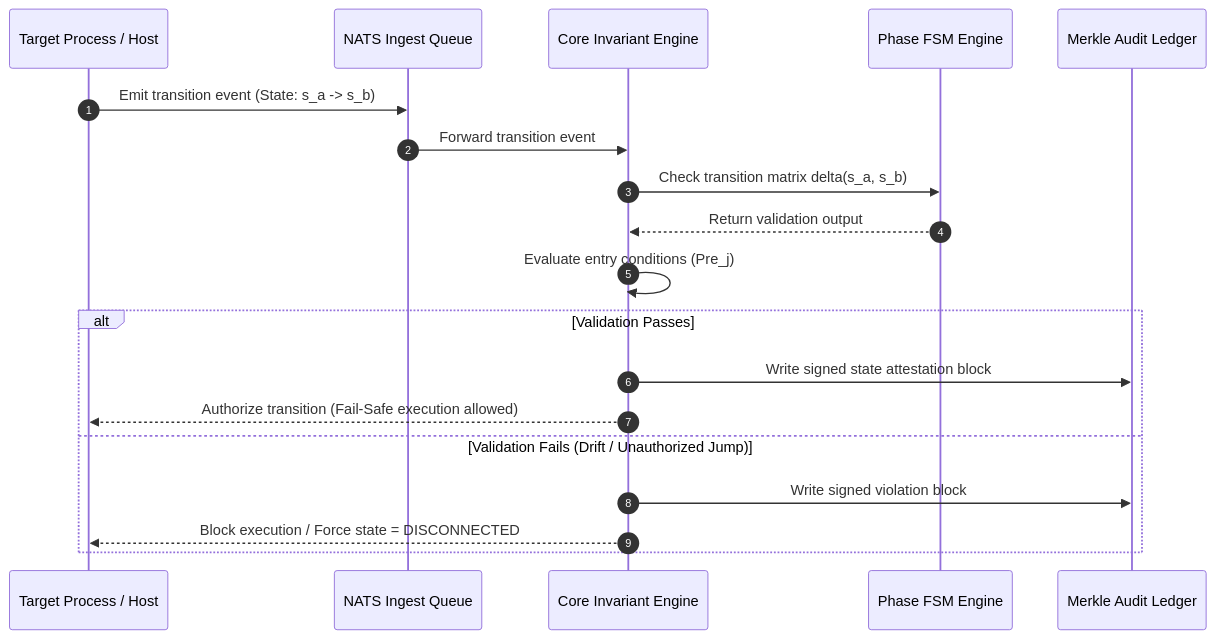
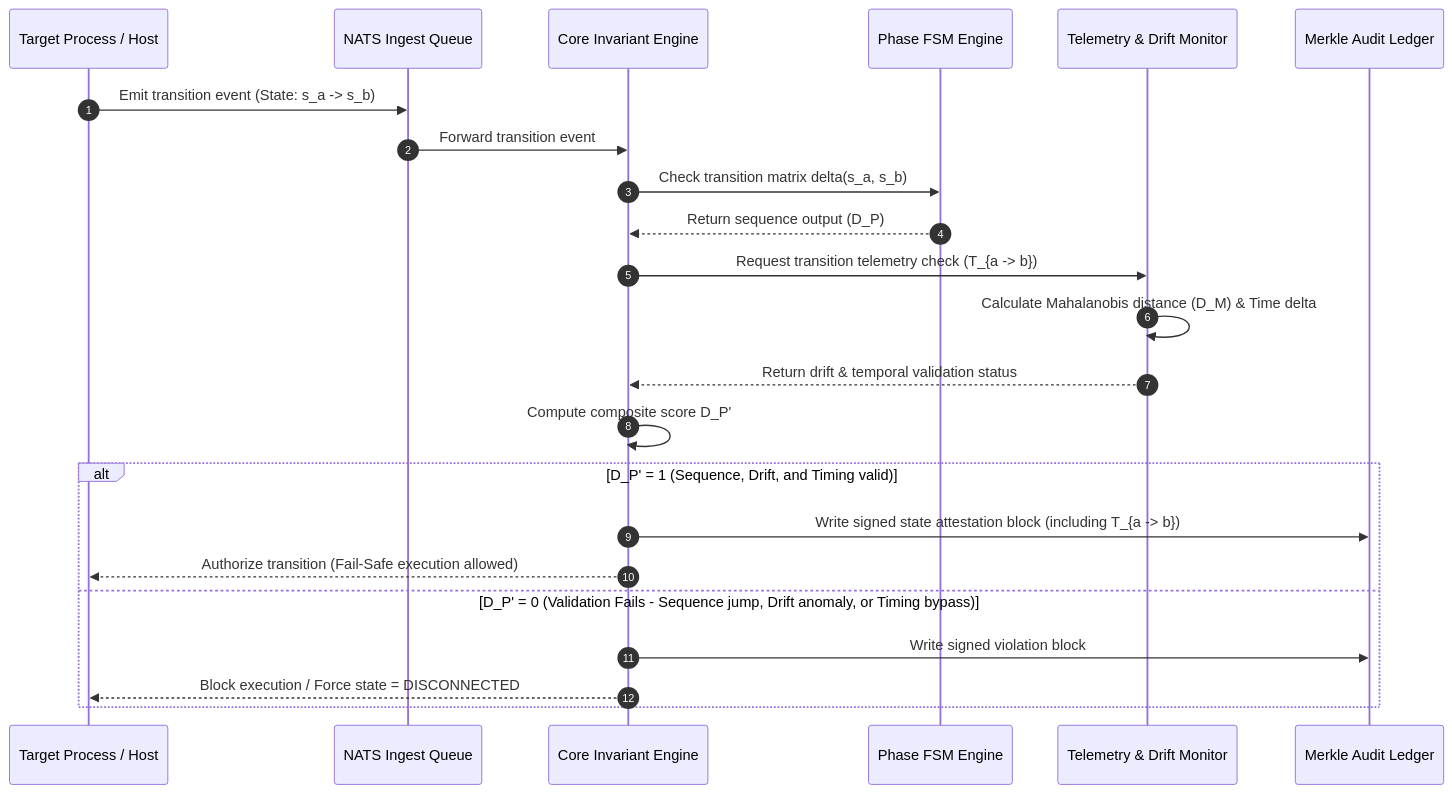
The second of 8 diagrams in docs/architecture/ARCHITECTURE.md (Zeo120/ZTL-Tech), drawn with Mermaid before and after one commit. The commit also changed other lines of this file and 1 other file, not shown here.

Commit message:
docs: update architecture and workflow docs for state-transition telemetry data collection

````diff
--- a/docs/architecture/ARCHITECTURE.md
+++ b/docs/architecture/ARCHITECTURE.md
@@ -77,22 +77,26 @@
 ```mermaid
 sequenceDiagram
     autonumber
     participant System as Target Process / Host
     participant Queue as NATS Ingest Queue
     participant Core as Core Invariant Engine
     participant FSM as Phase FSM Engine
+    participant Telemetry as Telemetry & Drift Monitor
     participant Ledger as Merkle Audit Ledger
 
     System->>Queue: Emit transition event (State: s_a -> s_b)
     Queue->>Core: Forward transition event
     Core->>FSM: Check transition matrix delta(s_a, s_b)
-    FSM-->>Core: Return validation output
-    Core->>Core: Evaluate entry conditions (Pre_j)
-    alt Validation Passes
-        Core->>Ledger: Write signed state attestation block
+    FSM-->>Core: Return sequence output (D_P)
+    Core->>Telemetry: Request transition telemetry check (T_{a -> b})
+    Telemetry->>Telemetry: Calculate Mahalanobis distance (D_M) & Time delta
+    Telemetry-->>Core: Return drift & temporal validation status
+    Core->>Core: Compute composite score D_P'
+    alt D_P' = 1 (Sequence, Drift, and Timing valid)
+        Core->>Ledger: Write signed state attestation block (including T_{a -> b})
         Core-->>System: Authorize transition (Fail-Safe execution allowed)
-    else Validation Fails (Drift / Unauthorized Jump)
+    else D_P' = 0 (Validation Fails - Sequence jump, Drift anomaly, or Timing bypass)
         Core->>Ledger: Write signed violation block
         Core-->>System: Block execution / Force state = DISCONNECTED
     end
 ```
````
